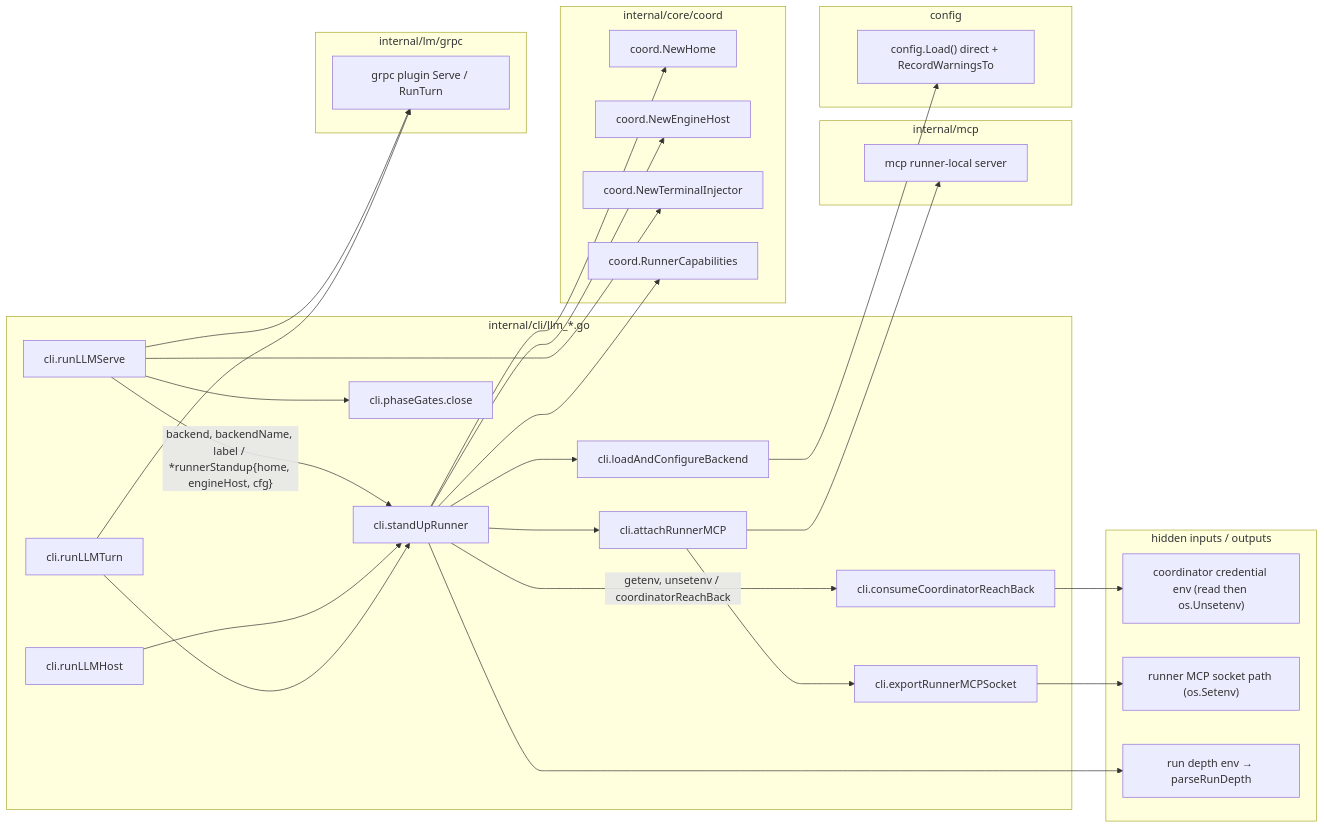
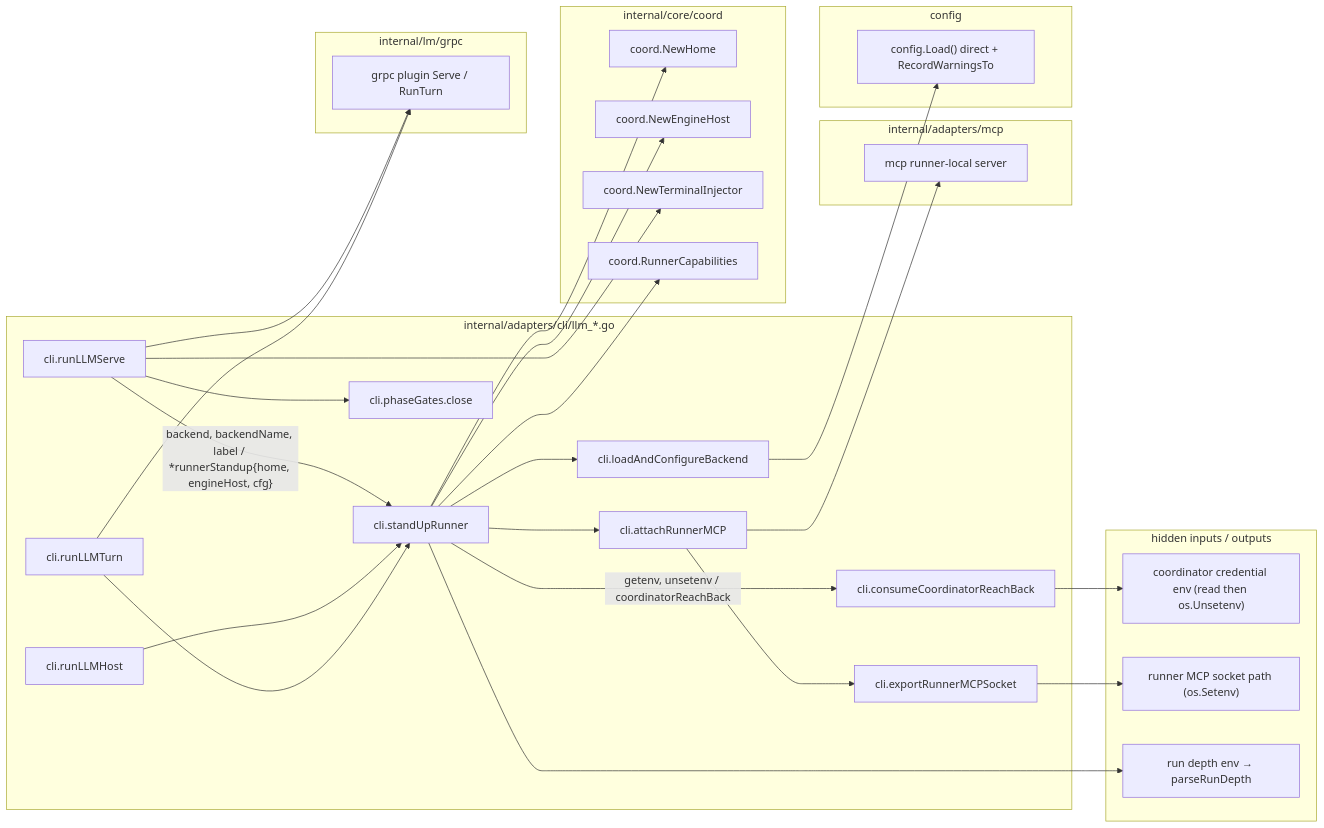
One commit to ctxloom/ctxloom changed the sixth of 10 diagrams in docs/architecture/audit-2026-09-18/06-cli-operations.md. Above: the diagram before and after it, drawn with Mermaid. The commit also changed other lines of this file and 2489 other files, not shown here.

First line of the commit message:
refactor(arch): move the adapters ring into internal/adapters

````diff
--- a/docs/architecture/audit-2026-09-18/06-cli-operations.md
+++ b/docs/architecture/audit-2026-09-18/06-cli-operations.md
@@ -377,51 +377,51 @@
 ```mermaid
 flowchart LR
-  subgraph cli["internal/cli/llm_*.go"]
+  subgraph cli["internal/adapters/cli/llm_*.go"]
     LSV["cli.runLLMServe"]
     LHO["cli.runLLMHost"]
     LTU["cli.runLLMTurn"]
     SUR["cli.standUpRunner"]
     LCB["cli.loadAndConfigureBackend"]
     ARM["cli.attachRunnerMCP"]
     CRB["cli.consumeCoordinatorReachBack"]
     EXP["cli.exportRunnerMCPSocket"]
     GATE["cli.phaseGates.close"]
   end
   subgraph coord["internal/core/coord"]
     HOME["coord.NewHome"]
     EH["coord.NewEngineHost"]
     TI["coord.NewTerminalInjector"]
     CAP["coord.RunnerCapabilities"]
   end
-  subgraph mcpp["internal/mcp"]
+  subgraph mcpp["internal/adapters/mcp"]
     RMCP["mcp runner-local server"]
   end
   subgraph cfg["config"]
     CL["config.Load() direct + RecordWarningsTo"]
   end
   subgraph env["hidden inputs / outputs"]
     CRED["coordinator credential env (read then os.Unsetenv)"]
     SOCK["runner MCP socket path (os.Setenv)"]
     DEPTH["run depth env → parseRunDepth"]
   end
   subgraph grpc["internal/lm/grpc"]
     SERVE["grpc plugin Serve / RunTurn"]
   end
 
   LSV --> GATE
   LSV -- "backend, backendName, label / *runnerStandup{home, engineHost, cfg}" --> SUR
   LHO --> SUR
   LTU --> SUR
   SUR --> LCB --> CL
   SUR -- "getenv, unsetenv / coordinatorReachBack" --> CRB
   CRB --> CRED
   SUR --> HOME
   SUR --> EH
   SUR --> CAP
   SUR --> ARM --> RMCP
   ARM --> EXP --> SOCK
   SUR --> DEPTH
   LSV --> TI
   LSV --> SERVE
   LTU --> SERVE
 ```
````
